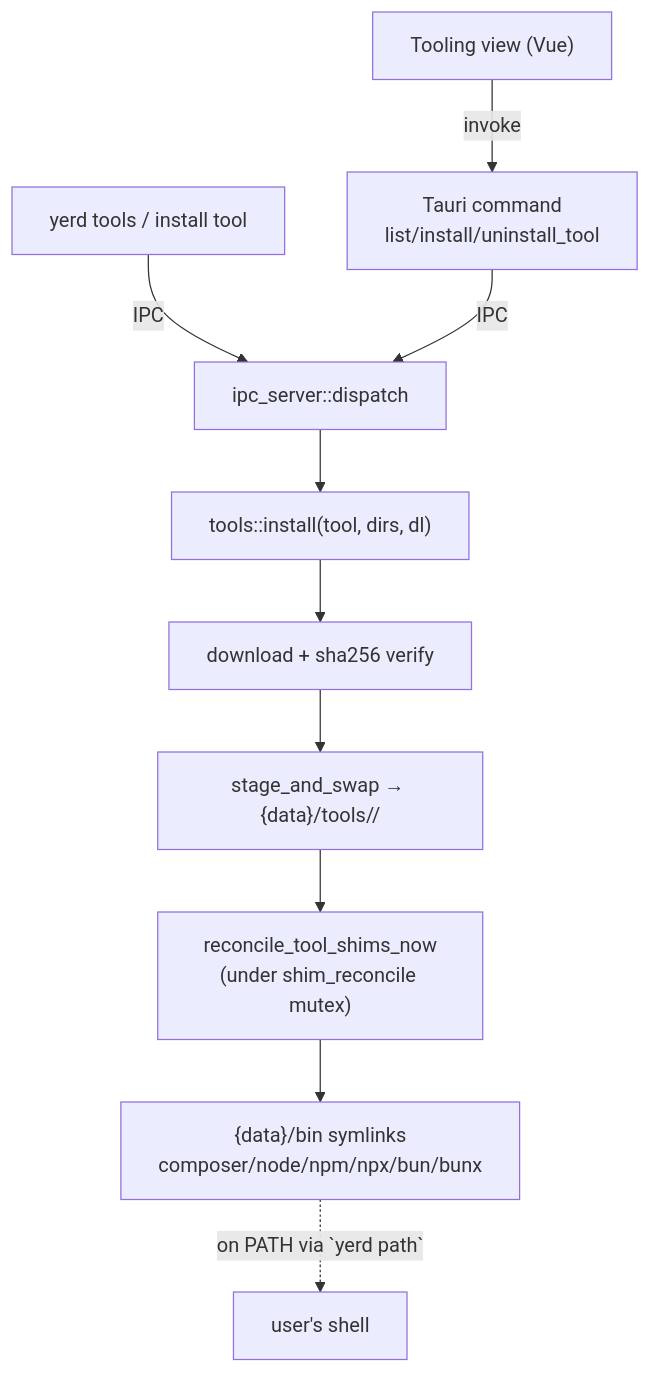
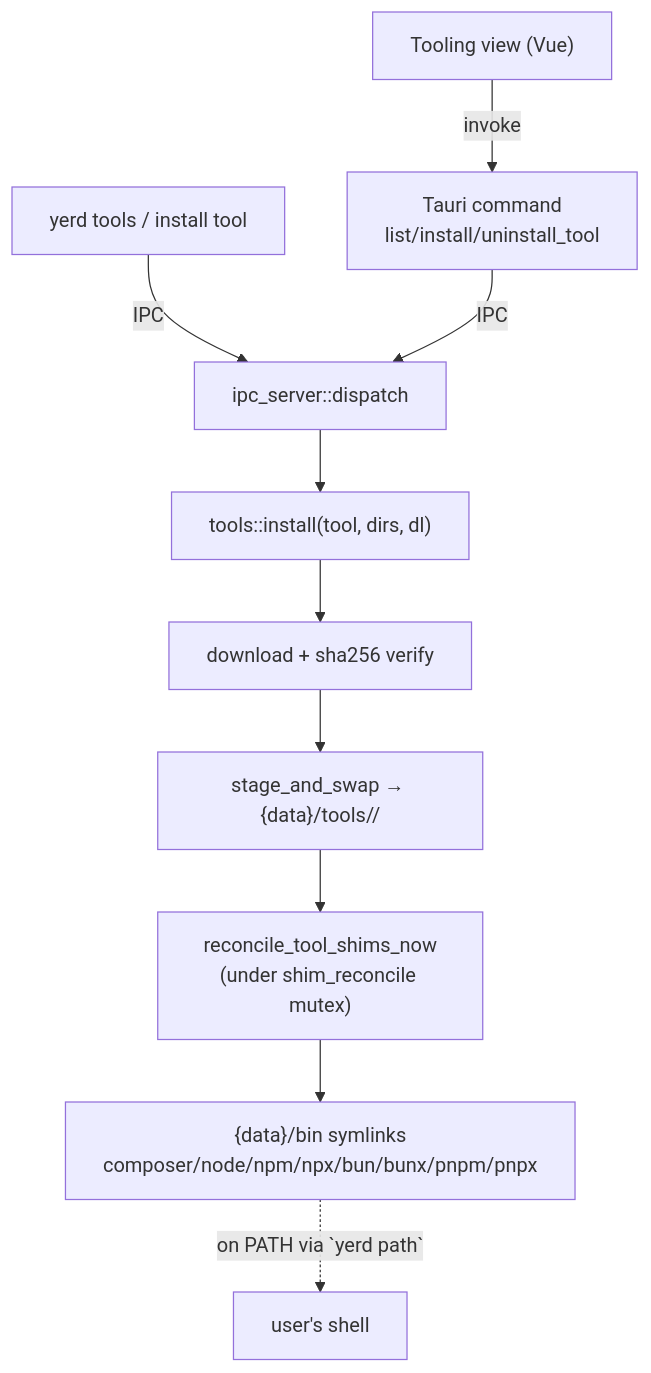
One commit to forjedio/yerd changed the diagram in docs/developer/dev-tools.md. Above: the diagram before and after it, drawn with Mermaid. The commit also changed other lines of this file and 26 other files, not shown here.

````diff
--- a/docs/developer/dev-tools.md
+++ b/docs/developer/dev-tools.md
@@ -26,12 +26,12 @@
 ```mermaid
 flowchart TD
     GUI["Tooling view (Vue)"] -->|invoke| TC["Tauri command\nlist/install/uninstall_tool"]
     CLI["yerd tools / install tool"] -->|IPC| DISP
     TC -->|IPC| DISP["ipc_server::dispatch"]
     DISP --> INST["tools::install(tool, dirs, dl)"]
     INST --> DL["download + sha256 verify"]
     DL --> SWAP["stage_and_swap → {data}/tools/<id>/"]
     SWAP --> REC["reconcile_tool_shims_now\n(under shim_reconcile mutex)"]
-    REC --> BIN["{data}/bin symlinks\ncomposer/node/npm/npx/bun/bunx"]
+    REC --> BIN["{data}/bin symlinks\ncomposer/node/npm/npx/bun/bunx/pnpm/pnpx"]
     BIN -.->|on PATH via `yerd path`| SHELL["user's shell"]
 ```
````
